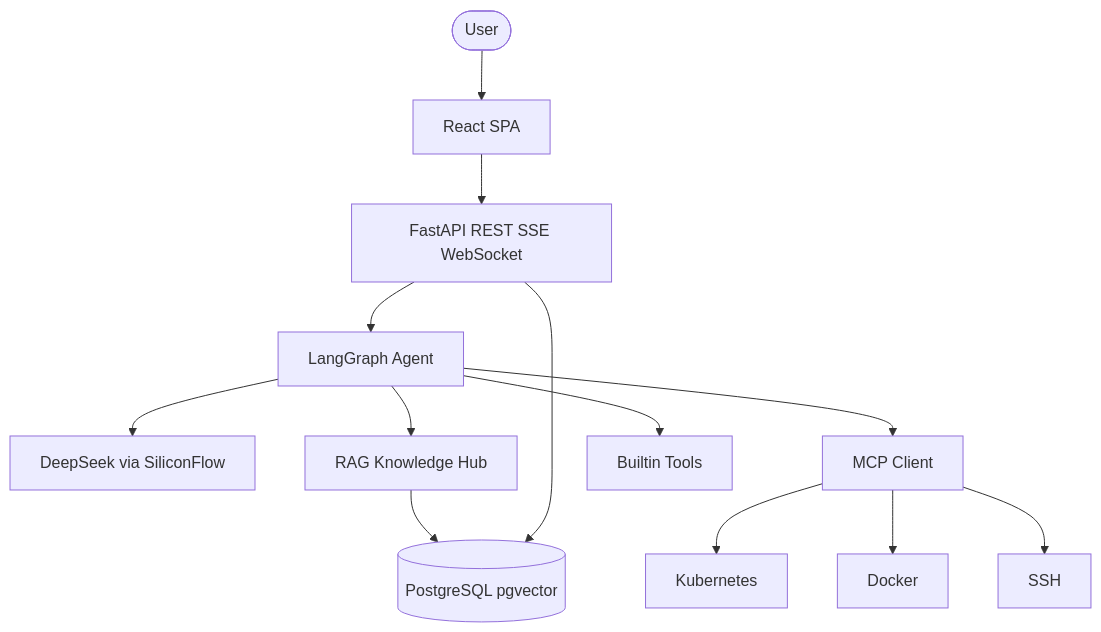
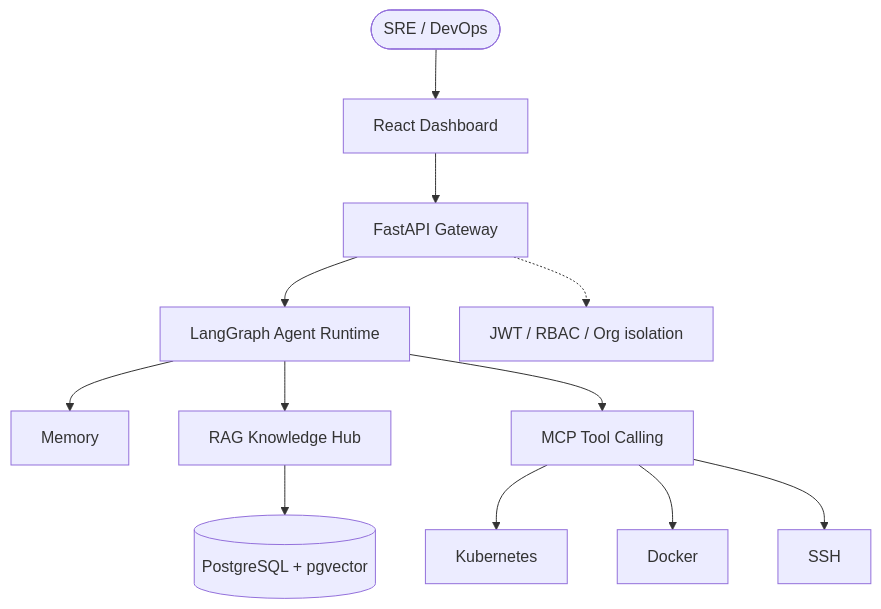
The first of 2 diagrams in README_EN.md (zhifengjin050-arch/enterprise-ai-sre-platform), drawn with Mermaid before and after one commit. The commit also changed other lines of this file and 8 other files, not shown here.

Commit message:
docs: enterprise GitHub showcase for AI DevOps Platform

````diff
--- a/README_EN.md
+++ b/README_EN.md
@@ -108,15 +52,14 @@
 ```mermaid
 flowchart TB
-    User([User]) --> Front[React SPA]
-    Front --> API[FastAPI REST SSE WebSocket]
-    API --> Agent[LangGraph Agent]
-    Agent --> LLM[DeepSeek via SiliconFlow]
+    User([SRE / DevOps]) --> UI[React Dashboard]
+    UI --> API[FastAPI Gateway]
+    API --> Agent[LangGraph Agent Runtime]
+    Agent --> Mem[Memory]
     Agent --> RAG[RAG Knowledge Hub]
-    Agent --> MCP[MCP Client]
-    Agent --> Tools[Builtin Tools]
+    Agent --> MCP[MCP Tool Calling]
     MCP --> K8s[Kubernetes]
     MCP --> Docker[Docker]
     MCP --> SSH[SSH]
-    RAG --> PG[(PostgreSQL pgvector)]
-    API --> PG
+    RAG --> PG[(PostgreSQL + pgvector)]
+    API -.-> JWT[JWT / RBAC / Org isolation]
 ```
````
